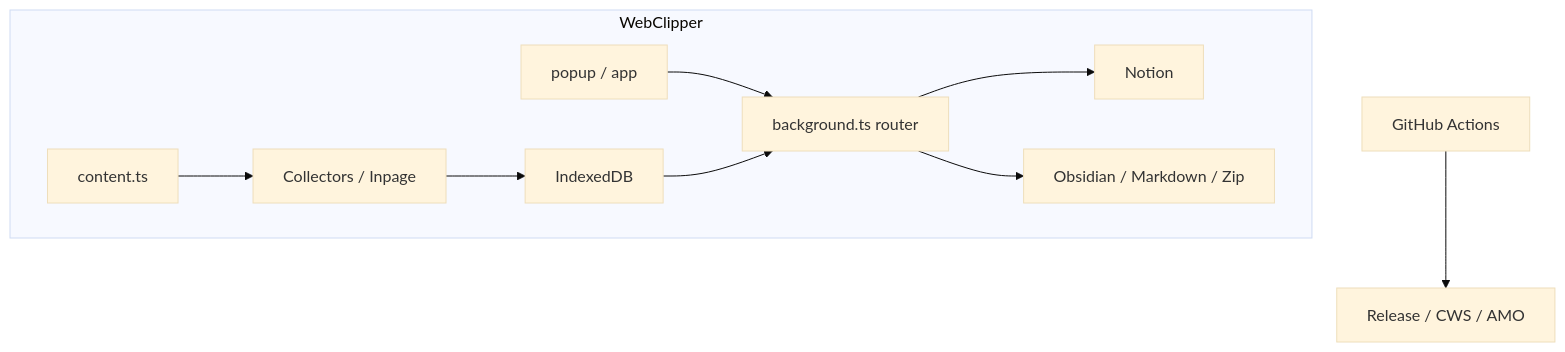
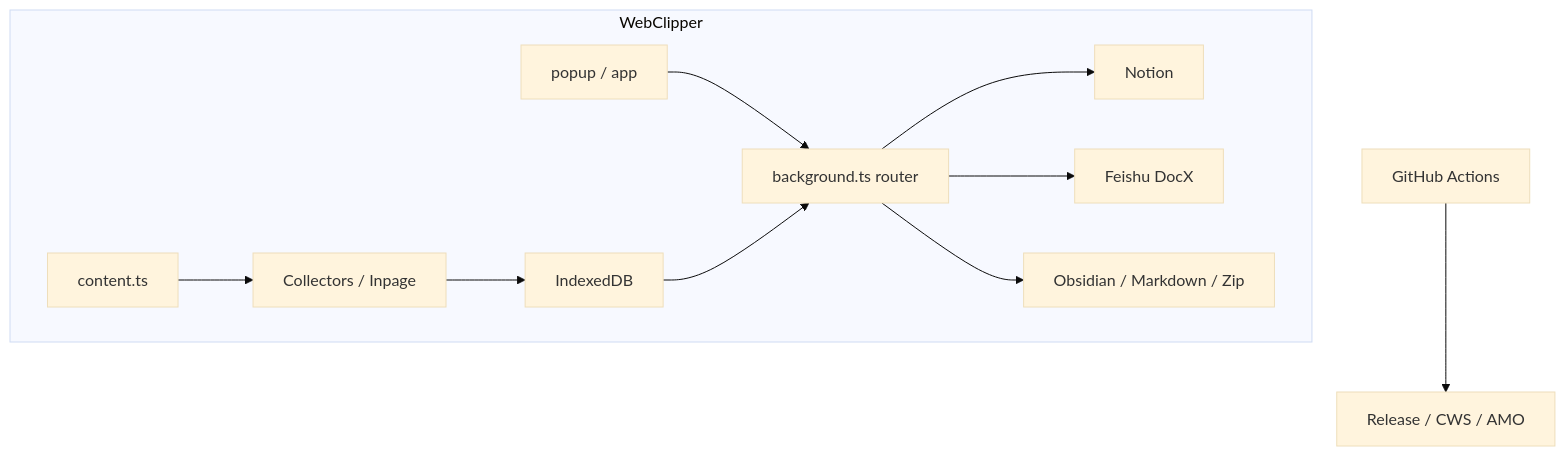
One commit to SyncNos/SyncNos-Webclipper changed the diagram in .github/deepwiki/architecture.md. Above: the diagram before and after it, drawn with Mermaid (base theme). The commit also changed other lines of this file and 11 other files, not shown here.

````diff
--- a/.github/deepwiki/architecture.md
+++ b/.github/deepwiki/architecture.md
@@ -69,13 +70,14 @@
 ```mermaid
 flowchart TB
   subgraph Ext[WebClipper]
     B1[content.ts] --> B2[Collectors / Inpage]
     B2 --> B3[IndexedDB]
     B4[popup / app] --> B5[background.ts router]
     B3 --> B5
     B5 --> N[Notion]
+    B5 --> F[Feishu DocX]
     B5 --> O[Obsidian / Markdown / Zip]
   end
 
   R[GitHub Actions] --> G[Release / CWS / AMO]
 ```
````
